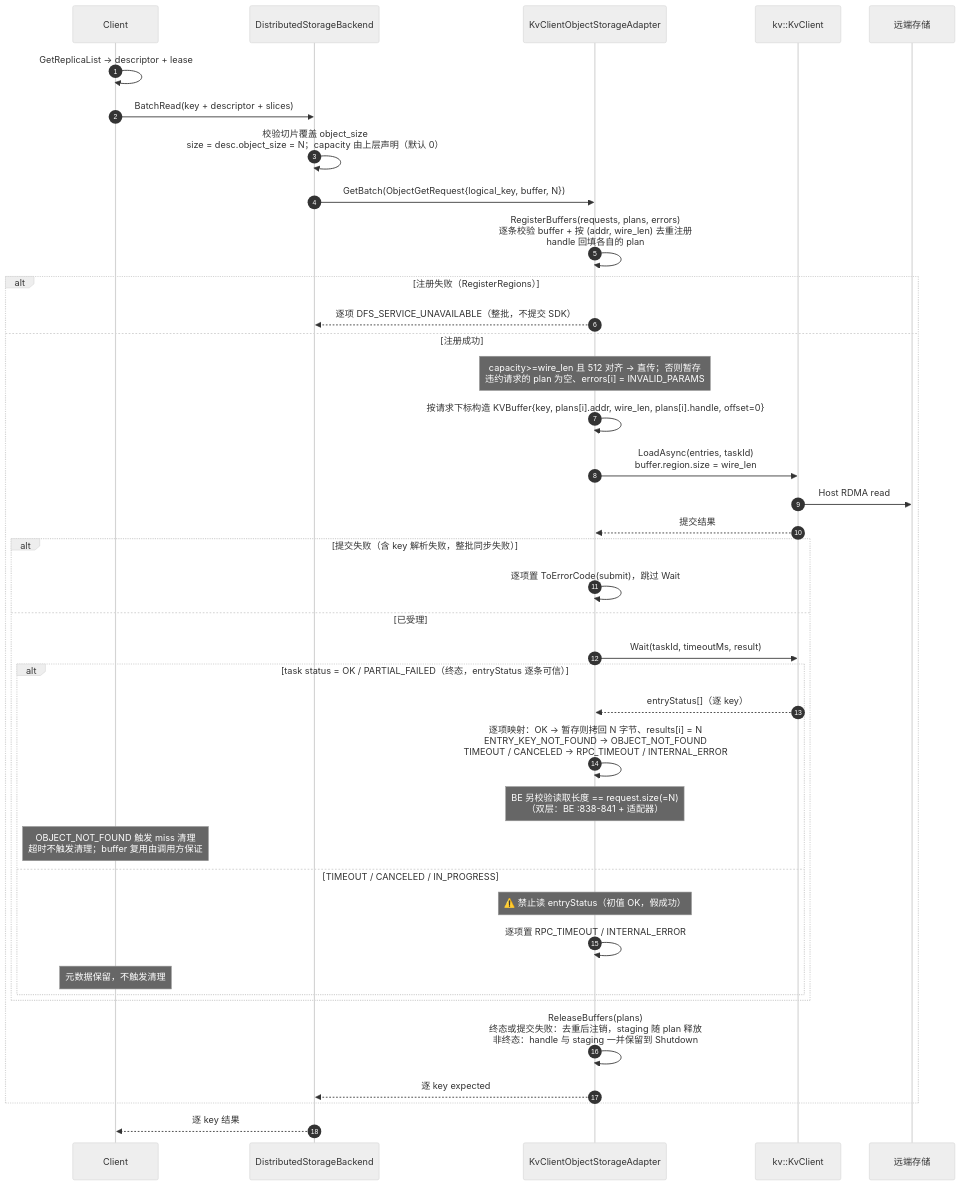
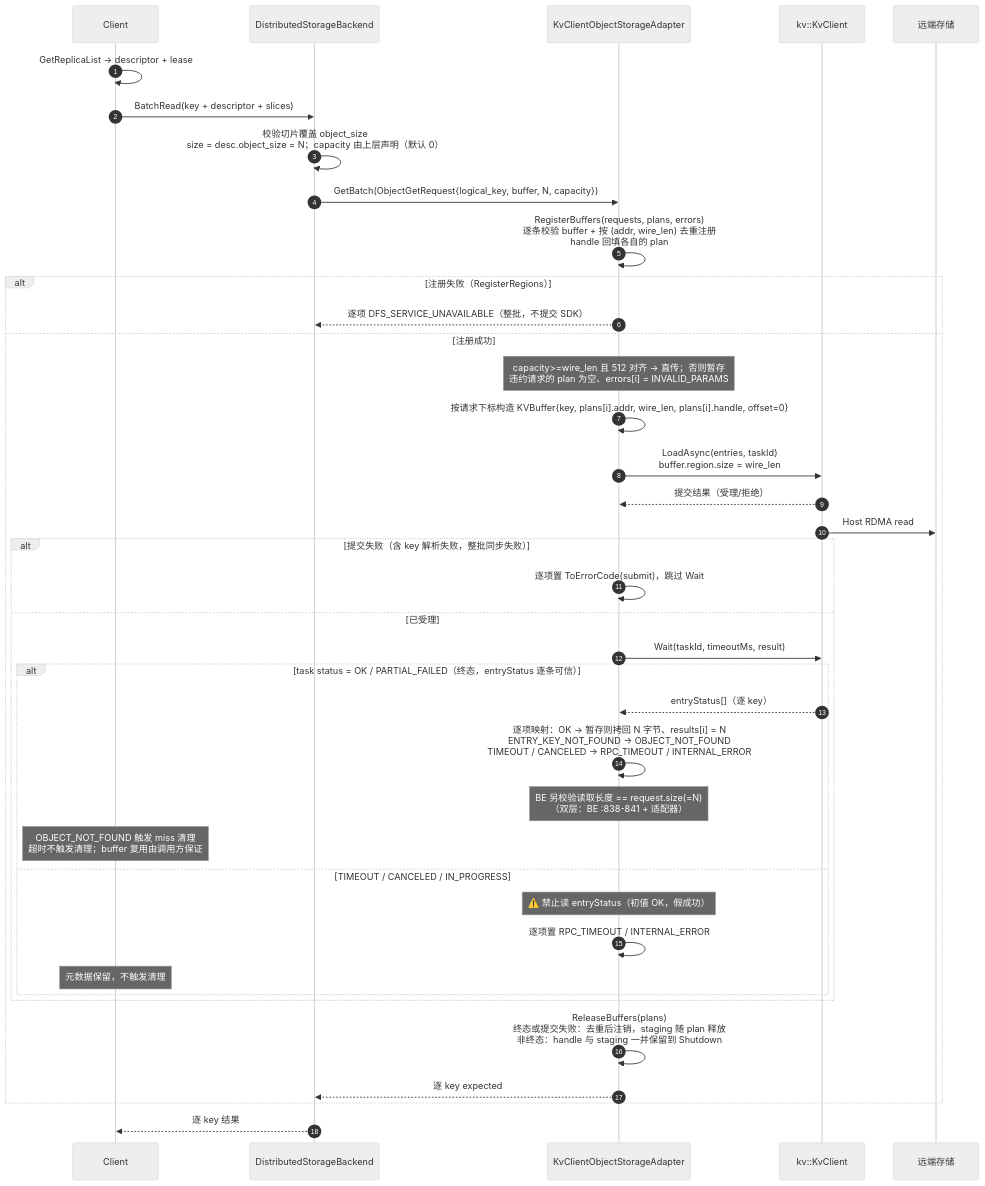
Before and after one commit to zwj20000328-dotcom/Mooncake-documents: the tenth of 13 diagrams in Mooncake + KVClient L3 接入（Kvcs）- v3.md, drawn with Mermaid (neutral theme). The commit also changed other lines of this file, not shown here.

Commit message:
docs: fix staging-path, diagram and build inconsistencies found by the final audit

````diff
--- a/Mooncake + KVClient L3 接入（Kvcs）- v3.md
+++ b/Mooncake + KVClient L3 接入（Kvcs）- v3.md
@@ -638,42 +642,42 @@
 ```mermaid
 sequenceDiagram
     autonumber
     participant C as Client
     participant BE as DistributedStorageBackend
     participant AD as KvClientObjectStorageAdapter
     participant SDK as kv::KvClient
     participant S as 远端存储
 
     C->>C: GetReplicaList → descriptor + lease
     C->>BE: BatchRead(key + descriptor + slices)
     BE->>BE: 校验切片覆盖 object_size<br/>size = desc.object_size = N；capacity 由上层声明（默认 0）
-    BE->>AD: GetBatch(ObjectGetRequest{logical_key, buffer, N})
+    BE->>AD: GetBatch(ObjectGetRequest{logical_key, buffer, N, capacity})
     AD->>AD: RegisterBuffers(requests, plans, errors)<br/>逐条校验 buffer + 按 (addr, wire_len) 去重注册<br/>handle 回填各自的 plan
     alt 注册失败（RegisterRegions）
         AD-->>BE: 逐项 DFS_SERVICE_UNAVAILABLE（整批，不提交 SDK）
     else 注册成功
         Note over AD: capacity>=wire_len 且 512 对齐 → 直传；否则暂存<br/>违约请求的 plan 为空、errors[i] = INVALID_PARAMS
         AD->>AD: 按请求下标构造 KVBuffer{key, plans[i].addr, wire_len, plans[i].handle, offset=0}
         AD->>SDK: LoadAsync(entries, taskId)<br/>buffer.region.size = wire_len
+        SDK-->>AD: 提交结果（受理/拒绝）
         SDK->>S: Host RDMA read
-        SDK-->>AD: 提交结果
         alt 提交失败（含 key 解析失败，整批同步失败）
             AD->>AD: 逐项置 ToErrorCode(submit)，跳过 Wait
         else 已受理
             AD->>SDK: Wait(taskId, timeoutMs, result)
             alt task status = OK / PARTIAL_FAILED（终态，entryStatus 逐条可信）
                 SDK-->>AD: entryStatus[]（逐 key）
                 AD->>AD: 逐项映射：OK → 暂存则拷回 N 字节、results[i] = N<br/>ENTRY_KEY_NOT_FOUND → OBJECT_NOT_FOUND<br/>TIMEOUT / CANCELED → RPC_TIMEOUT / INTERNAL_ERROR
                 Note over AD: BE 另校验读取长度 == request.size(=N)<br/>（双层：BE :838-841 + 适配器）
                 Note over C: OBJECT_NOT_FOUND 触发 miss 清理<br/>超时不触发清理；buffer 复用由调用方保证
             else TIMEOUT / CANCELED / IN_PROGRESS
                 Note over AD: ⚠️ 禁止读 entryStatus（初值 OK，假成功）
                 AD->>AD: 逐项置 RPC_TIMEOUT / INTERNAL_ERROR
                 Note over C: 元数据保留，不触发清理
             end
         end
         AD->>AD: ReleaseBuffers(plans)<br/>终态或提交失败：去重后注销，staging 随 plan 释放<br/>非终态：handle 与 staging 一并保留到 Shutdown
         AD-->>BE: 逐 key expected
     end
     BE-->>C: 逐 key 结果
 ```
````
